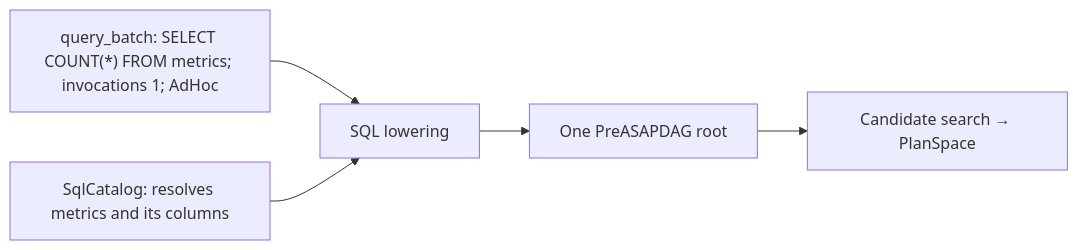
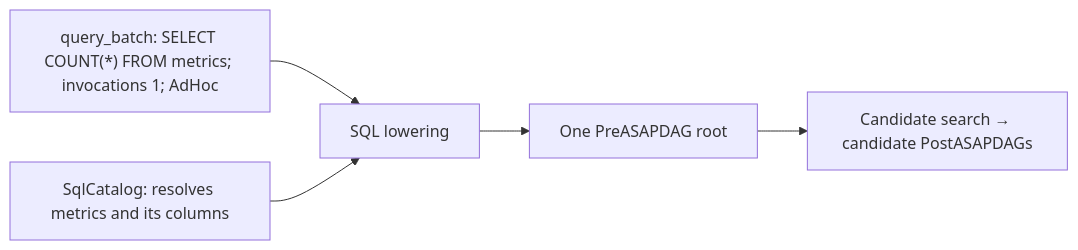
The second of 2 diagrams in docs/design_docs/architecture/input-output-workflow.md (ProjectASAP/ASAPPlanner), drawn with Mermaid before and after one commit. The commit also changed other lines of this file and 2 other files, not shown here.

First line of the commit message:
docs: preserve all candidate DAGs through every Planner layer

````diff
--- a/docs/design_docs/architecture/input-output-workflow.md
+++ b/docs/design_docs/architecture/input-output-workflow.md
@@ -113,11 +113,11 @@
 ```mermaid
 flowchart LR
     Q["query_batch: SELECT COUNT(*) FROM metrics; invocations 1; AdHoc"]
     C["SqlCatalog: resolves metrics and its columns"]
     F["SQL lowering"]
     R["One PreASAPDAG root"]
-    P["Candidate search → PlanSpace"]
+    P["Candidate search → candidate PostASAPDAGs"]
     Q --> F
     C --> F
     F --> R --> P
 ```
````
